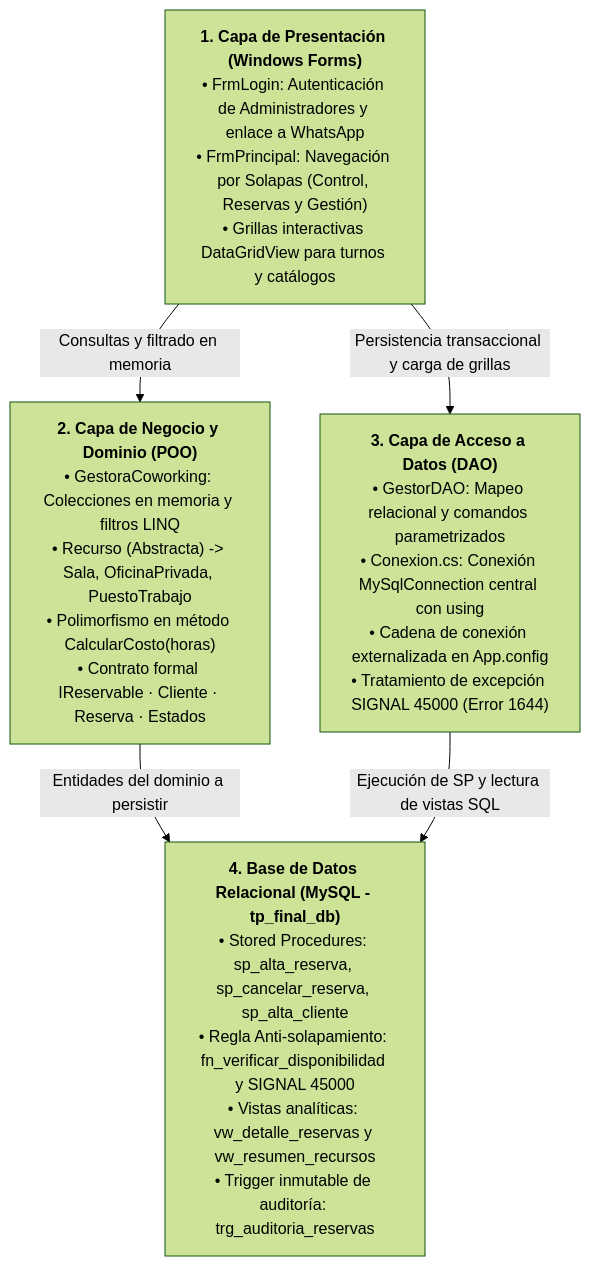
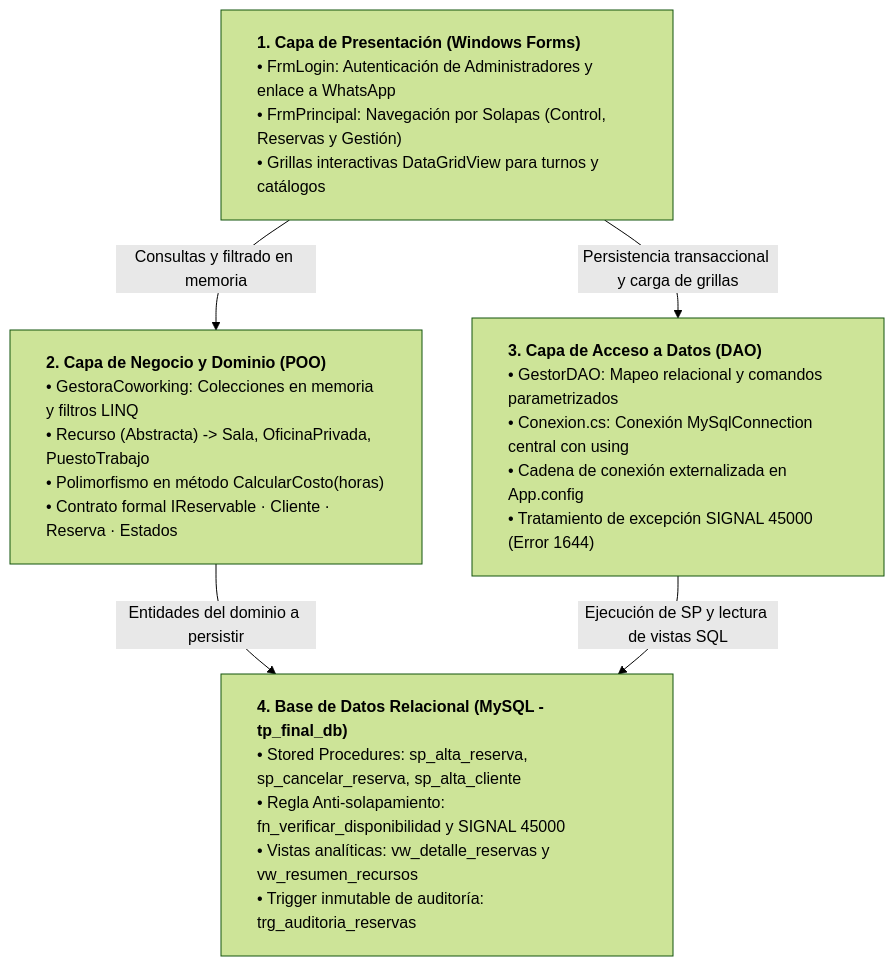
The diagram in README.md (Rax0r-cmd/Trabajo_final_algoritmos), drawn with Mermaid (forest theme) before and after one commit. The commit also changed other lines of this file and 1 other file, not shown here.

Commit message:
arregle el diagrama para que se adapte al tema oscuro de github

````diff
--- a/README.md
+++ b/README.md
@@ -46,15 +39,15 @@
 ```mermaid
 flowchart TD
-    UI["<b>1. Capa de Presentación (Windows Forms)</b><br/>• FrmLogin: Autenticación de Administradores y enlace a WhatsApp<br/>• FrmPrincipal: Navegación por Solapas (Control, Reservas y Gestión)<br/>• Grillas interactivas DataGridView para turnos y catálogos"]
+    UI["<div style='min-width:380px;text-align:left;padding:6px;'><b>1. Capa de Presentación (Windows Forms)</b><br/>• FrmLogin: Autenticación de Administradores y enlace a WhatsApp<br/>• FrmPrincipal: Navegación por Solapas (Control, Reservas y Gestión)<br/>• Grillas interactivas DataGridView para turnos y catálogos</div>"]
 
-    BLL["<b>2. Capa de Negocio y Dominio (POO)</b><br/>• GestoraCoworking: Colecciones en memoria y filtros LINQ<br/>• Recurso (Abstracta) -> Sala, OficinaPrivada, PuestoTrabajo<br/>• Polimorfismo en método CalcularCosto(horas)<br/>• Contrato formal IReservable · Cliente · Reserva · Estados"]
+    BLL["<div style='min-width:340px;text-align:left;padding:6px;'><b>2. Capa de Negocio y Dominio (POO)</b><br/>• GestoraCoworking: Colecciones en memoria y filtros LINQ<br/>• Recurso (Abstracta) -> Sala, OficinaPrivada, PuestoTrabajo<br/>• Polimorfismo en método CalcularCosto(horas)<br/>• Contrato formal IReservable · Cliente · Reserva · Estados</div>"]
 
-    DAL["<b>3. Capa de Acceso a Datos (DAO)</b><br/>• GestorDAO: Mapeo relacional y comandos parametrizados<br/>• Conexion.cs: Conexión MySqlConnection central con using<br/>• Cadena de conexión externalizada en App.config<br/>• Tratamiento de excepción SIGNAL 45000 (Error 1644)"]
+    DAL["<div style='min-width:340px;text-align:left;padding:6px;'><b>3. Capa de Acceso a Datos (DAO)</b><br/>• GestorDAO: Mapeo relacional y comandos parametrizados<br/>• Conexion.cs: Conexión MySqlConnection central con using<br/>• Cadena de conexión externalizada en App.config<br/>• Tratamiento de excepción SIGNAL 45000 (Error 1644)</div>"]
 
-    DB["<b>4. Base de Datos Relacional (MySQL - tp_final_db)</b><br/>• Stored Procedures: sp_alta_reserva, sp_cancelar_reserva, sp_alta_cliente<br/>• Regla Anti-solapamiento: fn_verificar_disponibilidad y SIGNAL 45000<br/>• Vistas analíticas: vw_detalle_reservas y vw_resumen_recursos<br/>• Trigger inmutable de auditoría: trg_auditoria_reservas"]
+    DB["<div style='min-width:380px;text-align:left;padding:6px;'><b>4. Base de Datos Relacional (MySQL - tp_final_db)</b><br/>• Stored Procedures: sp_alta_reserva, sp_cancelar_reserva, sp_alta_cliente<br/>• Regla Anti-solapamiento: fn_verificar_disponibilidad y SIGNAL 45000<br/>• Vistas analíticas: vw_detalle_reservas y vw_resumen_recursos<br/>• Trigger inmutable de auditoría: trg_auditoria_reservas</div>"]
 
     UI -->|Consultas y filtrado en memoria| BLL
     UI -->|Persistencia transaccional y carga de grillas| DAL
     BLL -->|Entidades del dominio a persistir| DB
     DAL -->|Ejecución de SP y lectura de vistas SQL| DB
 ```
````
